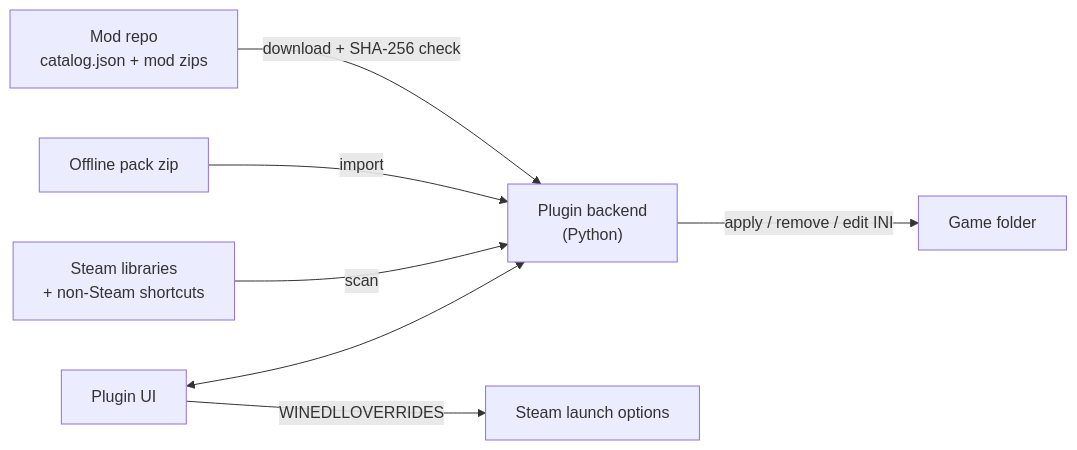
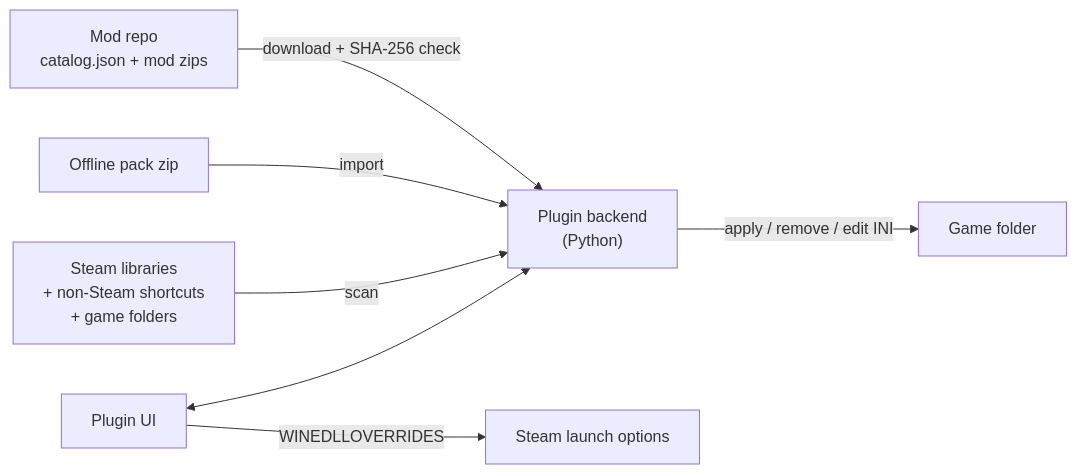
The diagram in README.md (TLin-Y/AnyAspectRatio-Decky), drawn with Mermaid before and after one commit. The commit also changed other lines of this file and 20 other files, not shown here.

````diff
--- a/README.md
+++ b/README.md
@@ -23,9 +23,9 @@
 ```mermaid
 flowchart LR
   Catalog["Mod repo<br/>catalog.json + mod zips"] -- "download + SHA-256 check" --> Backend
   Pack["Offline pack zip"] -- import --> Backend
-  Steam["Steam libraries<br/>+ non-Steam shortcuts"] -- scan --> Backend
+  Steam["Steam libraries<br/>+ non-Steam shortcuts<br/>+ game folders"] -- scan --> Backend
   Backend["Plugin backend<br/>(Python)"] -- "apply / remove / edit INI" --> Game["Game folder"]
   UI["Plugin UI"] <--> Backend
   UI -- "WINEDLLOVERRIDES" --> Launch["Steam launch options"]
 ```
````
